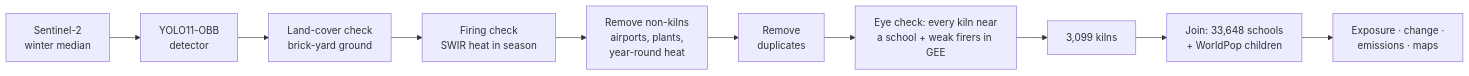
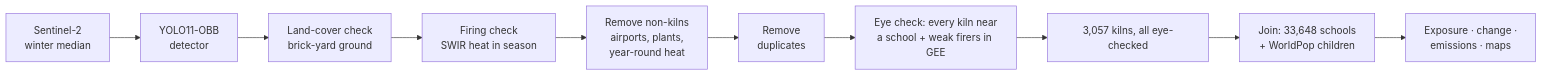
The diagram in README.md (rashmi049-clutch/kilnwatch), drawn with Mermaid before and after one commit. The commit also changed other lines of this file and 45 other files, not shown here.

First line of the commit message:
Every kiln checked by eye; Rashmi Sinha's verdicts applied; range for unreviewed removals; satellite year slider

````diff
--- a/README.md
+++ b/README.md
@@ -55,12 +55,12 @@
 ```mermaid
 flowchart LR
     A[Sentinel-2<br>winter median] --> B[YOLO11-OBB<br>detector]
     B --> C[Land-cover check<br>brick-yard ground]
     C --> D[Firing check<br>SWIR heat in season]
     D --> E[Remove non-kilns<br>airports, plants,<br>year-round heat]
     E --> F[Remove<br>duplicates]
     F --> V[Eye check: every kiln near<br>a school + weak firers in GEE]
-    V --> G[3,099 kilns]
+    V --> G[3,057 kilns, all eye-checked]
     G --> H[Join: 33,648 schools<br>+ WorldPop children]
     H --> I[Exposure · change ·<br>emissions · maps]
 ```
````
